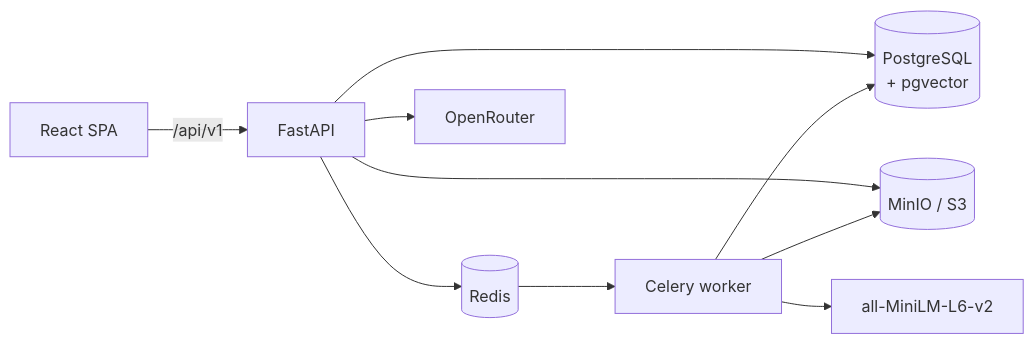
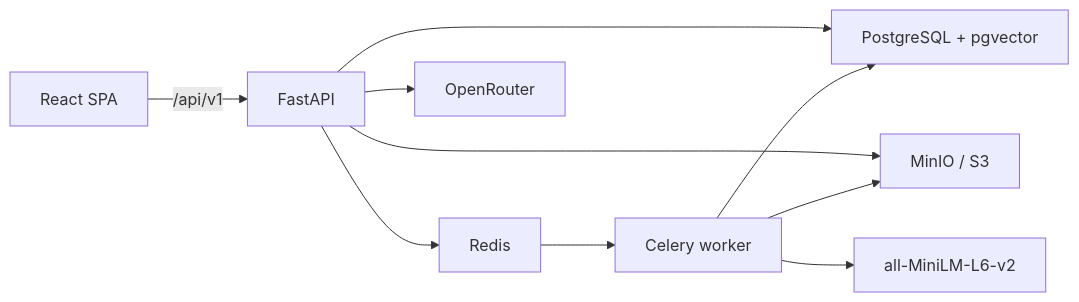
Before and after one commit to MuhammadHaider1/document-manager-kit: the diagram in README.md, drawn with Mermaid. The commit also changed other lines of this file and 2 other files, not shown here.

Commit message:
docs: rename project to RAG Document Manager and fix Mermaid diagram
- Use plain quoted node labels without HTML so GitHub renders the
  architecture flowchart reliably
- Rename the project and README headings to RAG Document Manager
- Point badges and clone instructions at the renamed repository

````diff
--- a/README.md
+++ b/README.md
@@ -46,12 +46,12 @@
 ```mermaid
 flowchart LR
-  UI[React SPA] -->|/api/v1| API[FastAPI]
-  API --> PG[(PostgreSQL<br/>+ pgvector)]
-  API --> REDIS[(Redis)]
-  API --> MINIO[(MinIO / S3)]
-  API --> OR[OpenRouter]
-  REDIS --> WORKER[Celery worker]
+  UI["React SPA"] -->|"/api/v1"| API["FastAPI"]
+  API --> PG["PostgreSQL + pgvector"]
+  API --> REDIS["Redis"]
+  API --> MINIO["MinIO / S3"]
+  API --> OR["OpenRouter"]
+  REDIS --> WORKER["Celery worker"]
   WORKER --> PG
   WORKER --> MINIO
-  WORKER --> EMB[all-MiniLM-L6-v2]
+  WORKER --> EMB["all-MiniLM-L6-v2"]
 ```
````
